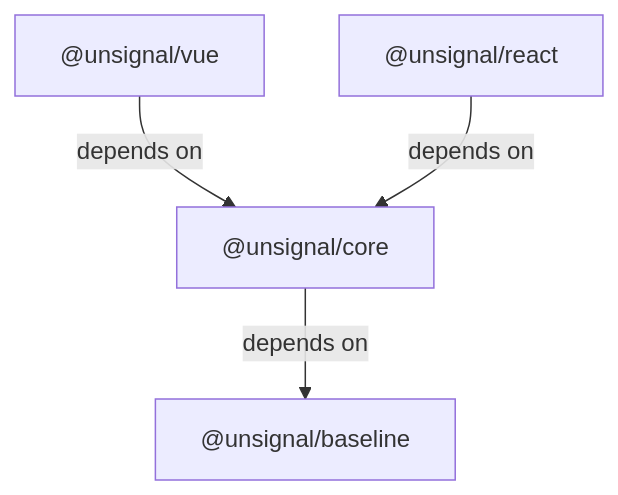
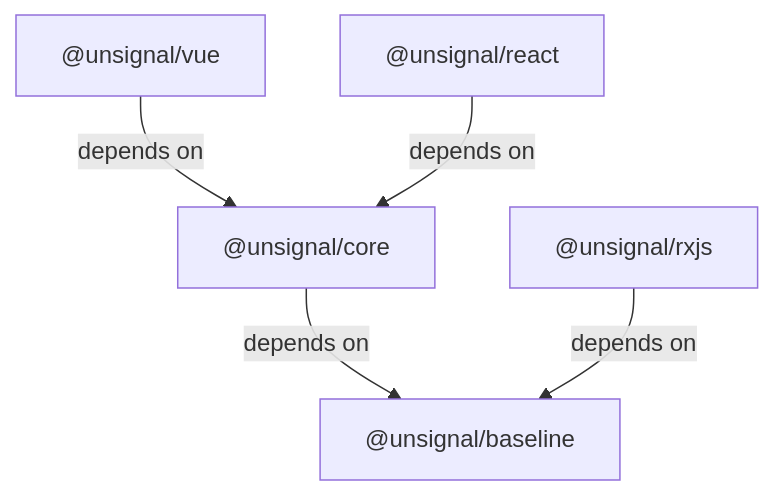
One commit to huang-xiao-jian/unsignal changed the diagram in AGENTS.md. Above: the diagram before and after it, drawn with Mermaid. The commit also changed other lines of this file and 13 other files, not shown here.

````diff
--- a/AGENTS.md
+++ b/AGENTS.md
@@ -49,11 +50,13 @@
 ```mermaid
 graph TD
     baseline["@unsignal/baseline"]
     core["@unsignal/core"]
+    rxjs["@unsignal/rxjs"]
     vue["@unsignal/vue"]
     react["@unsignal/react"]
 
     core -->|depends on| baseline
+    rxjs -->|depends on| baseline
     vue -->|depends on| core
     react -->|depends on| core
 ```
````
